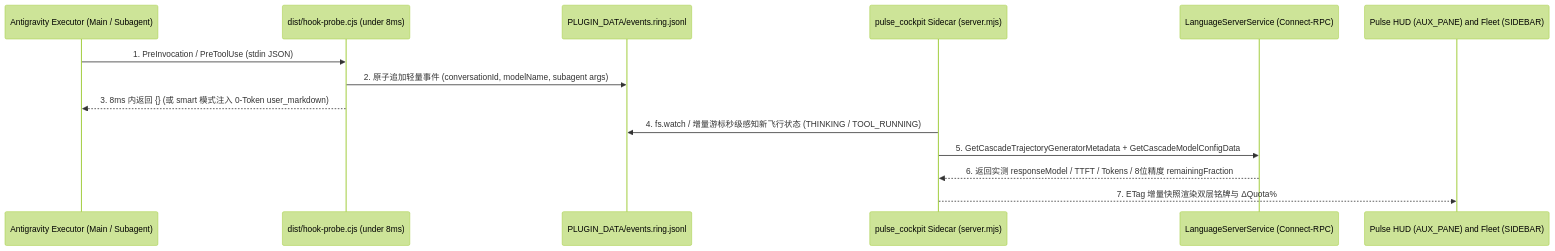
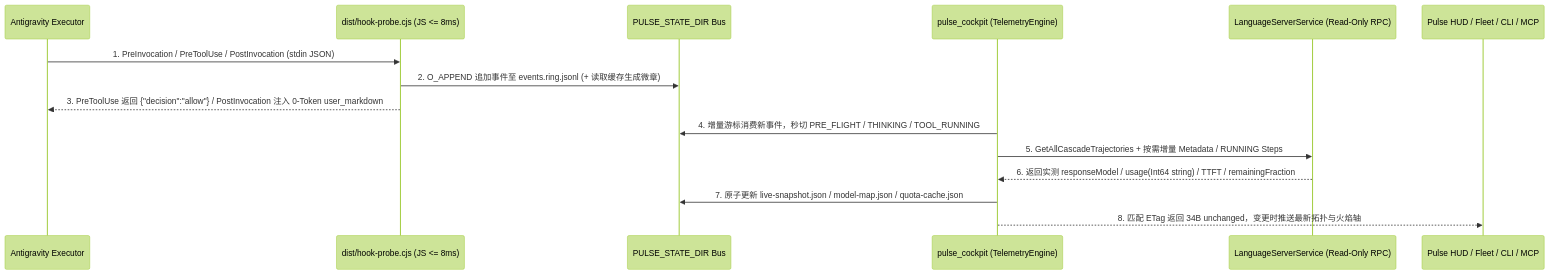
Before and after one commit to springtian1982/antigravity-pulse: the second of 2 diagrams in docs/developer-guide/architecture.md, drawn with Mermaid (forest theme). The commit also changed other lines of this file and 11 other files, not shown here.

````diff
--- a/docs/developer-guide/architecture.md
+++ b/docs/developer-guide/architecture.md
@@ -11,17 +86,18 @@
 ```mermaid
 sequenceDiagram
-    participant Agent as Antigravity Executor (Main / Subagent)
-    participant Hook as dist/hook-probe.cjs (under 8ms)
-    participant Ring as PLUGIN_DATA/events.ring.jsonl
-    participant Sidecar as pulse_cockpit Sidecar (server.mjs)
-    participant LS as LanguageServerService (Connect-RPC)
-    participant UI as Pulse HUD (AUX_PANE) and Fleet (SIDEBAR)
+    participant Agent as Antigravity Executor
+    participant Hook as dist/hook-probe.cjs (JS <= 8ms)
+    participant Bus as PULSE_STATE_DIR Bus
+    participant Sidecar as pulse_cockpit (TelemetryEngine)
+    participant LS as LanguageServerService (Read-Only RPC)
+    participant UI as Pulse HUD / Fleet / CLI / MCP
 
-    Agent->>Hook: 1. PreInvocation / PreToolUse (stdin JSON)
-    Hook->>Ring: 2. 原子追加轻量事件 (conversationId, modelName, subagent args)
-    Hook-->>Agent: 3. 8ms 内返回 {} (或 smart 模式注入 0-Token user_markdown)
-    Sidecar->>Ring: 4. fs.watch / 增量游标秒级感知新飞行状态 (THINKING / TOOL_RUNNING)
-    Sidecar->>LS: 5. GetCascadeTrajectoryGeneratorMetadata + GetCascadeModelConfigData
-    LS-->>Sidecar: 6. 返回实测 responseModel / TTFT / Tokens / 8位精度 remainingFraction
-    Sidecar-->>UI: 7. ETag 增量快照渲染双层铭牌与 ΔQuota%
+    Agent->>Hook: 1. PreInvocation / PreToolUse / PostInvocation (stdin JSON)
+    Hook->>Bus: 2. O_APPEND 追加事件至 events.ring.jsonl (+ 读取缓存生成微章)
+    Hook-->>Agent: 3. PreToolUse 返回 {"decision":"allow"} / PostInvocation 注入 0-Token user_markdown
+    Sidecar->>Bus: 4. 增量游标消费新事件，秒切 PRE_FLIGHT / THINKING / TOOL_RUNNING
+    Sidecar->>LS: 5. GetAllCascadeTrajectories + 按需增量 Metadata / RUNNING Steps
+    LS-->>Sidecar: 6. 返回实测 responseModel / usage(Int64 string) / TTFT / remainingFraction
+    Sidecar->>Bus: 7. 原子更新 live-snapshot.json / model-map.json / quota-cache.json
+    Sidecar-->>UI: 8. 匹配 ETag 返回 34B unchanged，变更时推送最新拓扑与火焰轴
 ```
````
